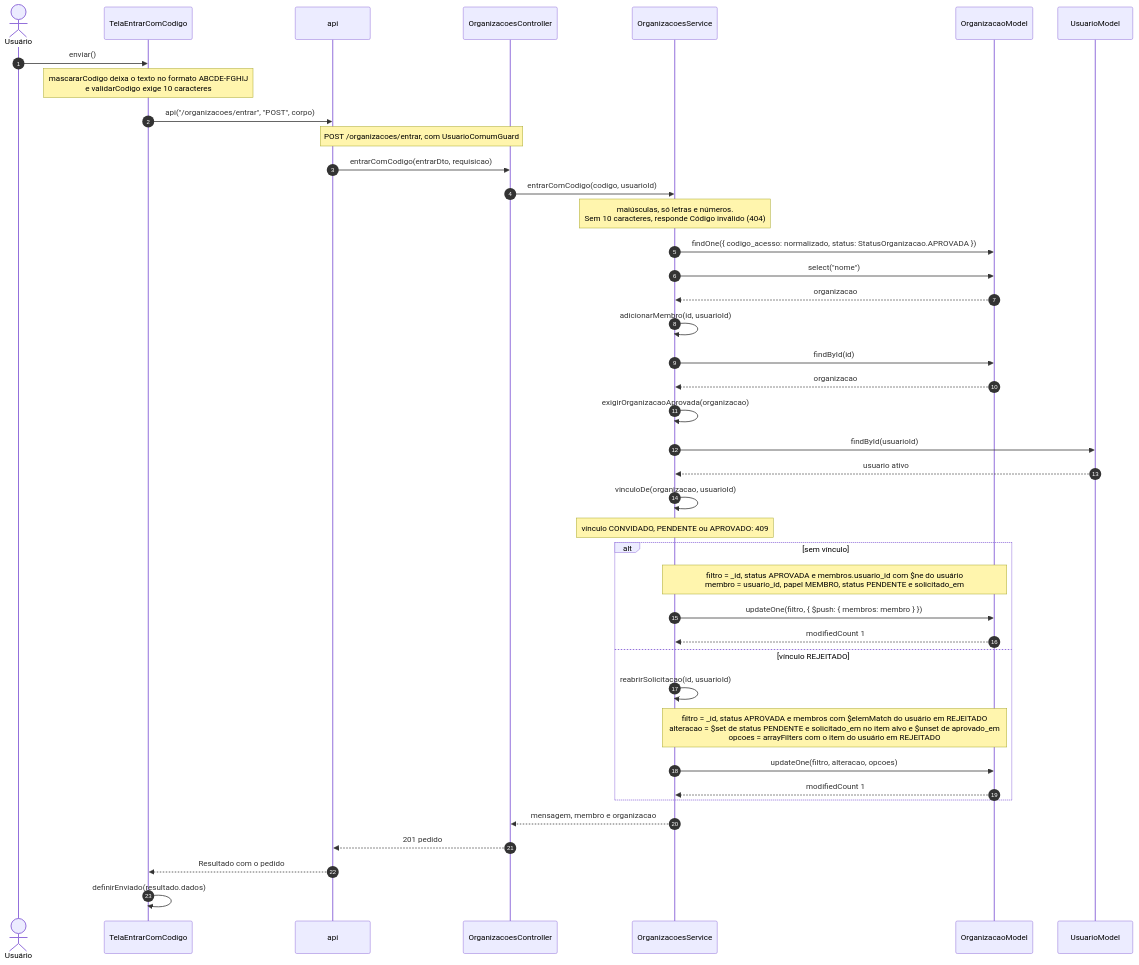
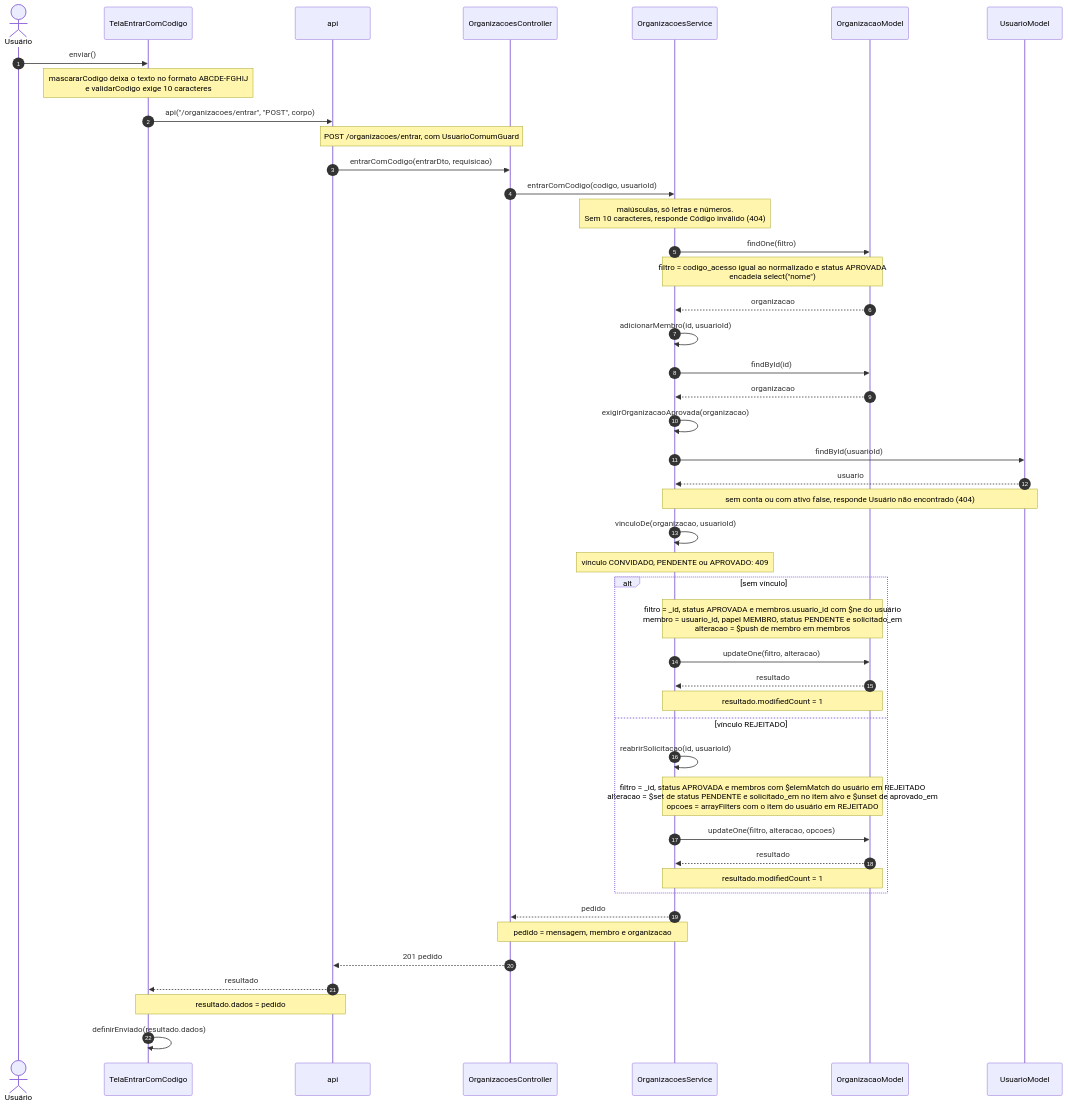
One commit to Conecta-IFSP/DOCUMENTATION changed the eighth of 15 diagrams in 2 - Incremento 1/cadastro-organizacao/6 - diagramas-sequencia-cadastro-organizacao.md. Above: the diagram before and after it, drawn with Mermaid. The commit also changed other lines of this file and 97 other files, not shown here.

````diff
--- a/2 - Incremento 1/cadastro-organizacao/6 - diagramas-sequencia-cadastro-organizacao.md
+++ b/2 - Incremento 1/cadastro-organizacao/6 - diagramas-sequencia-cadastro-organizacao.md
@@ -283,43 +295,48 @@
 ```mermaid
 sequenceDiagram
     autonumber
     actor U as Usuário
     participant T as TelaEntrarComCodigo
     participant A as api
     participant C as OrganizacoesController
     participant S as OrganizacoesService
     participant M as OrganizacaoModel
     participant UM as UsuarioModel
     U->>T: enviar()
     Note over T: mascararCodigo deixa o texto no formato ABCDE-FGHIJ<br/>e validarCodigo exige 10 caracteres
     T->>A: api("/organizacoes/entrar", "POST", corpo)
     Note over A,C: POST /organizacoes/entrar, com UsuarioComumGuard
     A->>C: entrarComCodigo(entrarDto, requisicao)
     C->>S: entrarComCodigo(codigo, usuarioId)
     Note over S: maiúsculas, só letras e números.<br/>Sem 10 caracteres, responde Código inválido (404)
-    S->>M: findOne({ codigo_acesso: normalizado, status: StatusOrganizacao.APROVADA })
-    S->>M: select("nome")
+    S->>M: findOne(filtro)
+    Note over S,M: filtro = codigo_acesso igual ao normalizado e status APROVADA<br/>encadeia select("nome")
     M-->>S: organizacao
     S->>S: adicionarMembro(id, usuarioId)
     S->>M: findById(id)
     M-->>S: organizacao
     S->>S: exigirOrganizacaoAprovada(organizacao)
     S->>UM: findById(usuarioId)
-    UM-->>S: usuario ativo
+    UM-->>S: usuario
+    Note over S,UM: sem conta ou com ativo false, responde Usuário não encontrado (404)
     S->>S: vinculoDe(organizacao, usuarioId)
     Note over S: vínculo CONVIDADO, PENDENTE ou APROVADO: 409
     alt sem vínculo
-        Note over S,M: filtro = _id, status APROVADA e membros.usuario_id com $ne do usuário<br/>membro = usuario_id, papel MEMBRO, status PENDENTE e solicitado_em
-        S->>M: updateOne(filtro, { $push: { membros: membro } })
-        M-->>S: modifiedCount 1
+        Note over S,M: filtro = _id, status APROVADA e membros.usuario_id com $ne do usuário<br/>membro = usuario_id, papel MEMBRO, status PENDENTE e solicitado_em<br/>alteracao = $push de membro em membros
+        S->>M: updateOne(filtro, alteracao)
+        M-->>S: resultado
+        Note over S,M: resultado.modifiedCount = 1
     else vínculo REJEITADO
         S->>S: reabrirSolicitacao(id, usuarioId)
         Note over S,M: filtro = _id, status APROVADA e membros com $elemMatch do usuário em REJEITADO<br/>alteracao = $set de status PENDENTE e solicitado_em no item alvo e $unset de aprovado_em<br/>opcoes = arrayFilters com o item do usuário em REJEITADO
         S->>M: updateOne(filtro, alteracao, opcoes)
-        M-->>S: modifiedCount 1
+        M-->>S: resultado
+        Note over S,M: resultado.modifiedCount = 1
     end
-    S-->>C: mensagem, membro e organizacao
+    S-->>C: pedido
+    Note over C,S: pedido = mensagem, membro e organizacao
     C-->>A: 201 pedido
-    A-->>T: Resultado com o pedido
+    A-->>T: resultado
+    Note over T,A: resultado.dados = pedido
     T->>T: definirEnviado(resultado.dados)
 ```
````
